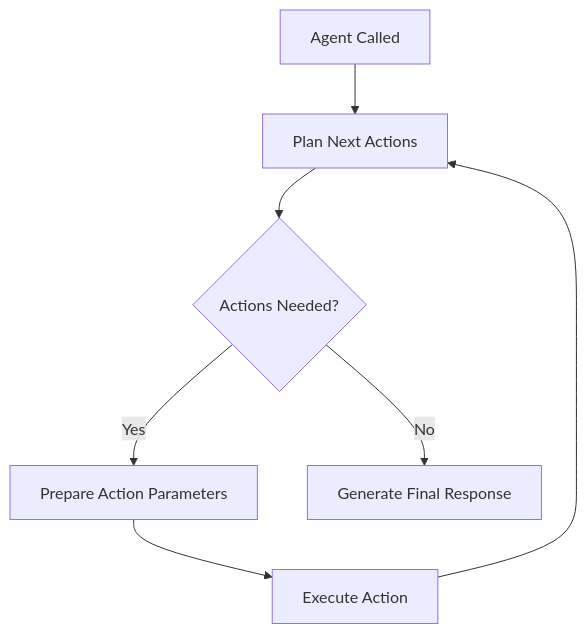
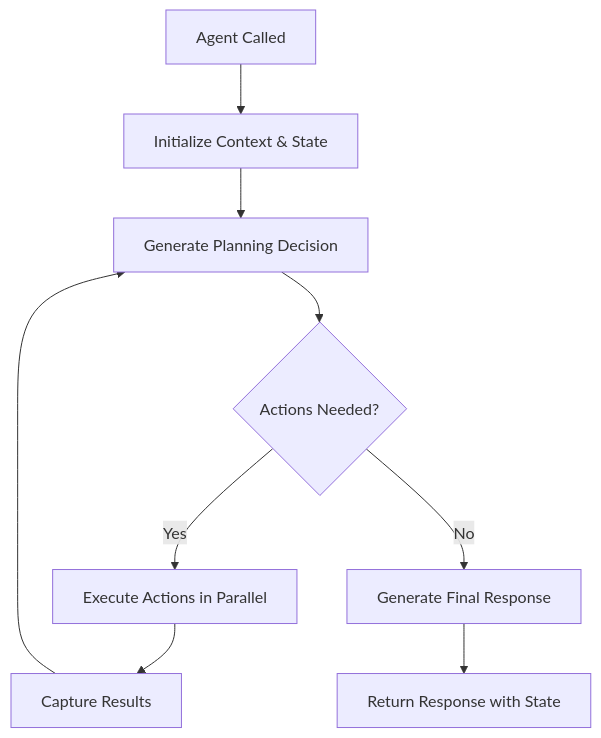
The diagram in apps/docs/core-concepts/task-loop.mdx (kulcsartibor/spinai), drawn with Mermaid before and after one commit. The commit also changed other lines of this file and 9 other files, not shown here.

````diff
--- a/apps/docs/core-concepts/task-loop.mdx
+++ b/apps/docs/core-concepts/task-loop.mdx
@@ -40,9 +44,11 @@
 ```mermaid
 graph TD
-    A[Agent Called] --> B[Plan Next Actions]
-    B --> C{Actions Needed?}
-    C -->|Yes| D[Prepare Action Parameters]
-    D --> E[Execute Action]
-    E --> B
-    C -->|No| F[Generate Final Response]
+    A[Agent Called] --> B[Initialize Context & State]
+    B --> C[Generate Planning Decision]
+    C --> D{Actions Needed?}
+    D -->|Yes| E[Execute Actions in Parallel]
+    E --> F[Capture Results]
+    F --> C
+    D -->|No| G[Generate Final Response]
+    G --> H[Return Response with State]
 ```
````
